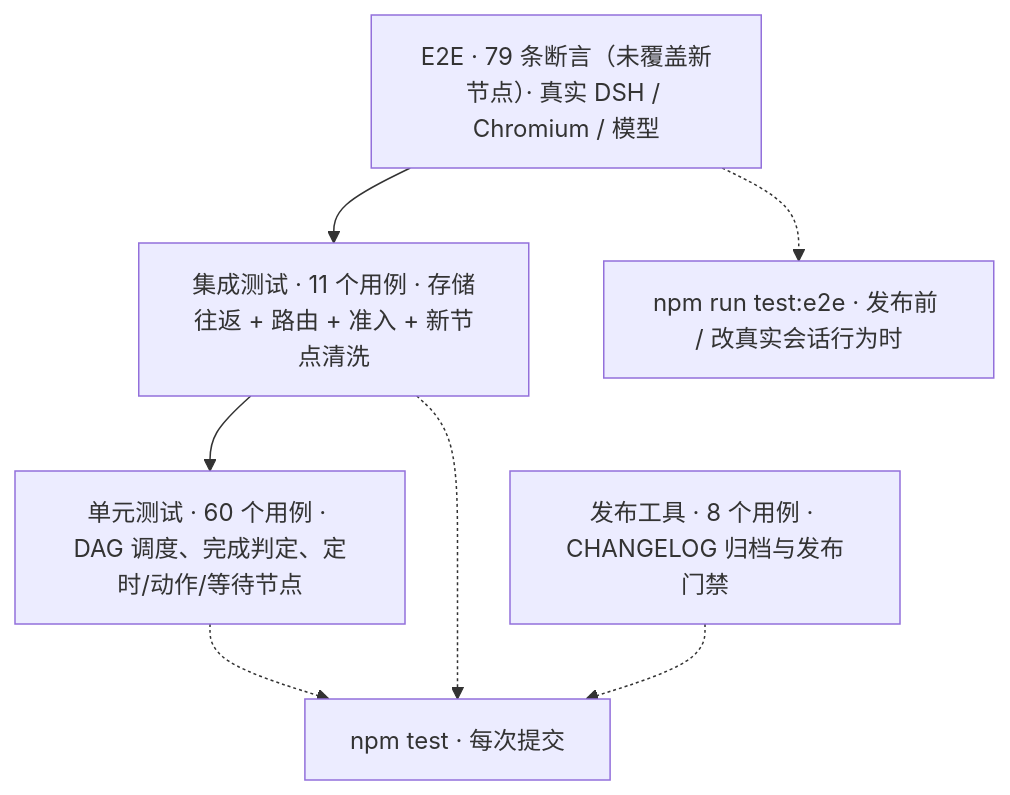
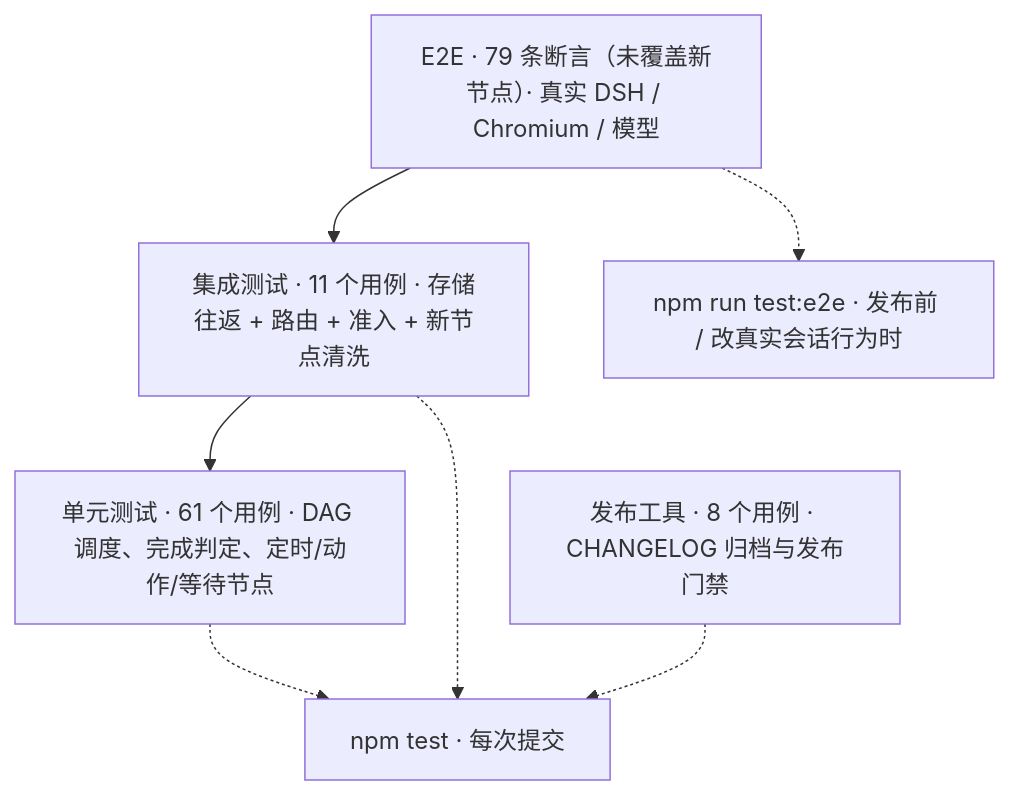
Before and after one commit to czyt1988/dsh-workflow-orchestrator: the first of 2 diagrams in docs/dev/testing.md, drawn with Mermaid. The commit also changed other lines of this file and 14 other files, not shown here.

````diff
--- a/docs/dev/testing.md
+++ b/docs/dev/testing.md
@@ -14,12 +14,12 @@
 ```mermaid
 flowchart TB
   A["E2E · 79 条断言（未覆盖新节点）· 真实 DSH / Chromium / 模型"]
   B["集成测试 · 11 个用例 · 存储往返 + 路由 + 准入 + 新节点清洗"]
-  C["单元测试 · 60 个用例 · DAG 调度、完成判定、定时/动作/等待节点"]
+  C["单元测试 · 61 个用例 · DAG 调度、完成判定、定时/动作/等待节点"]
   D["发布工具 · 8 个用例 · CHANGELOG 归档与发布门禁"]
   A --> B --> C
   C -.-> E["npm test · 每次提交"]
   B -.-> E
   D -.-> E
   A -.-> F["npm run test:e2e · 发布前 / 改真实会话行为时"]
 ```
````
